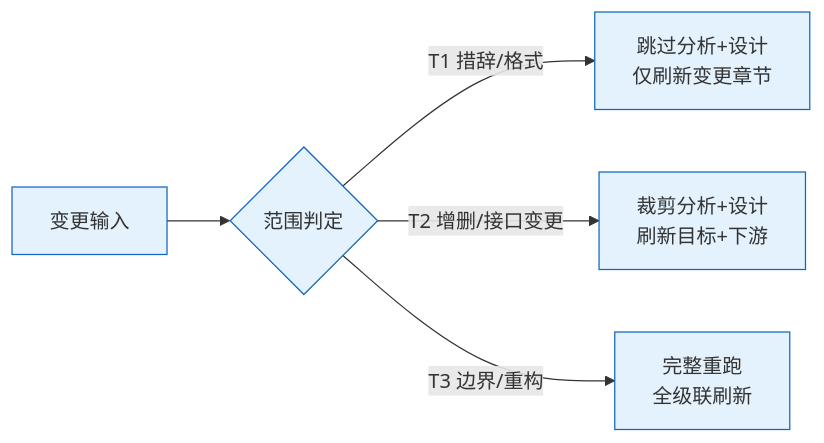
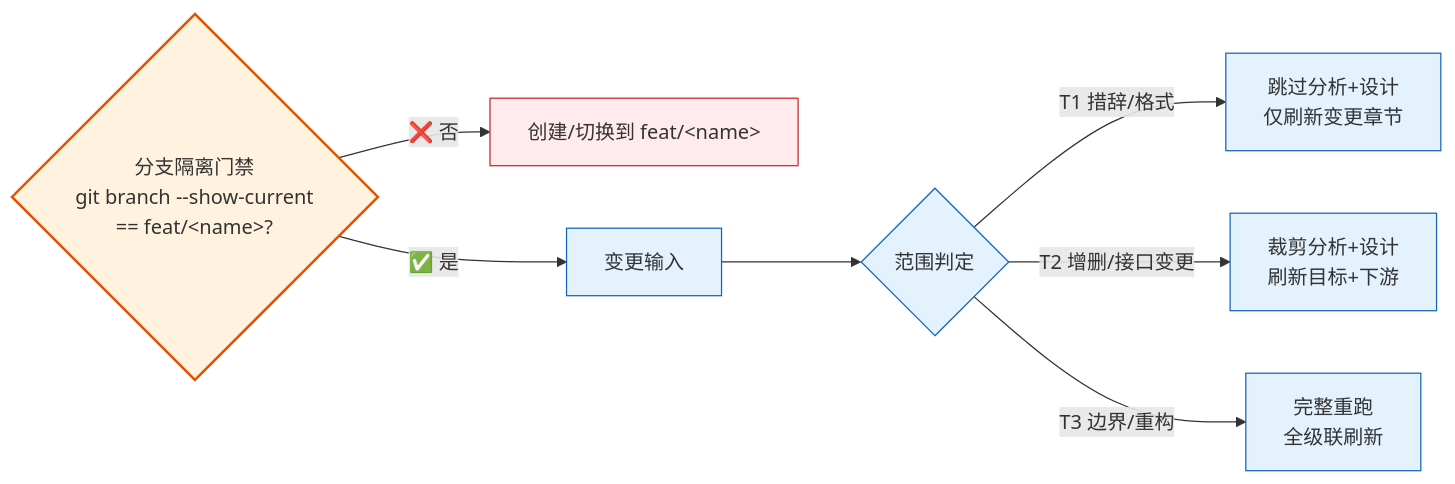
The eighth of 11 diagrams in skills/rui/SKILL.md (effiy/YrY), drawn with Mermaid before and after one commit. The commit also changed other lines of this file and 4 other files, not shown here.

````diff
--- a/skills/rui/SKILL.md
+++ b/skills/rui/SKILL.md
@@ -254,8 +267,12 @@
 ```mermaid
 flowchart LR
-    I[变更输入]:::s --> T{范围判定}:::s
+    BR{"分支隔离门禁<br/>git branch --show-current<br/>== feat/&lt;name&gt;?"}:::gate -->|"❌ 否"| BLOCK["创建/切换到 feat/&lt;name&gt;"]:::block
+    BR -->|"✅ 是"| I[变更输入]:::s
+    I --> T{范围判定}:::s
     T -->|T1 措辞/格式| U1[跳过分析+设计<br/>仅刷新变更章节]:::s
     T -->|T2 增删/接口变更| U2[裁剪分析+设计<br/>刷新目标+下游]:::s
     T -->|T3 边界/重构| U3[完整重跑<br/>全级联刷新]:::s
     classDef s fill:#e3f2fd,stroke:#1565c0;
+    classDef gate fill:#fff3e0,stroke:#e65100,stroke-width:2px;
+    classDef block fill:#ffebee,stroke:#c62828;
 ```
````
